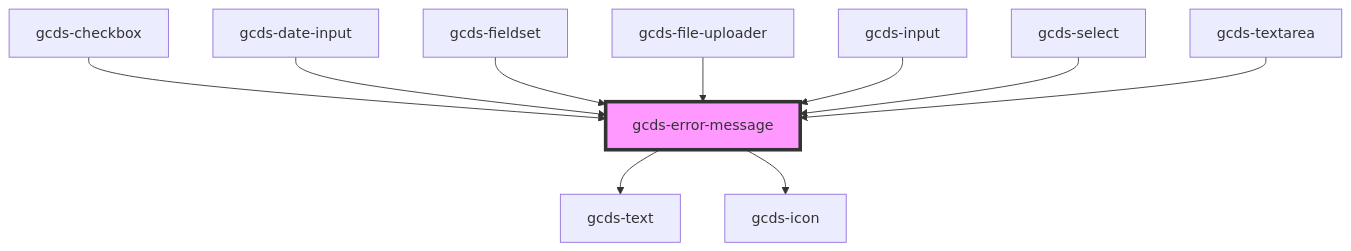
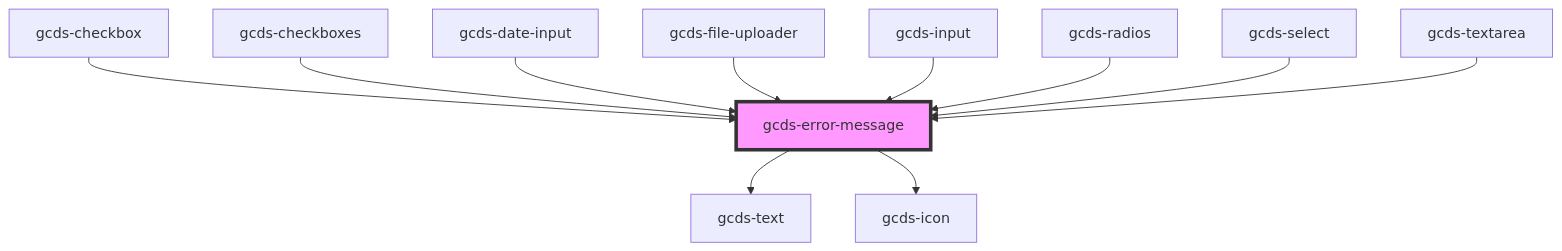
One commit to cds-snc/gcds-components changed the diagram in packages/web/src/components/gcds-error-message/readme.md. Above: the diagram before and after it, drawn with Mermaid. The commit also changed other lines of this file and 49 other files, not shown here.

First line of the commit message:
feat: Rework fieldset and new gcds-radios and gcds-checkboxes components (#845)

````diff
--- a/packages/web/src/components/gcds-error-message/readme.md
+++ b/packages/web/src/components/gcds-error-message/readme.md
@@ -33,13 +34,14 @@
 ```mermaid
 graph TD;
   gcds-error-message --> gcds-text
   gcds-error-message --> gcds-icon
   gcds-checkbox --> gcds-error-message
+  gcds-checkboxes --> gcds-error-message
   gcds-date-input --> gcds-error-message
-  gcds-fieldset --> gcds-error-message
   gcds-file-uploader --> gcds-error-message
   gcds-input --> gcds-error-message
+  gcds-radios --> gcds-error-message
   gcds-select --> gcds-error-message
   gcds-textarea --> gcds-error-message
   style gcds-error-message fill:#f9f,stroke:#333,stroke-width:4px
 ```
````
